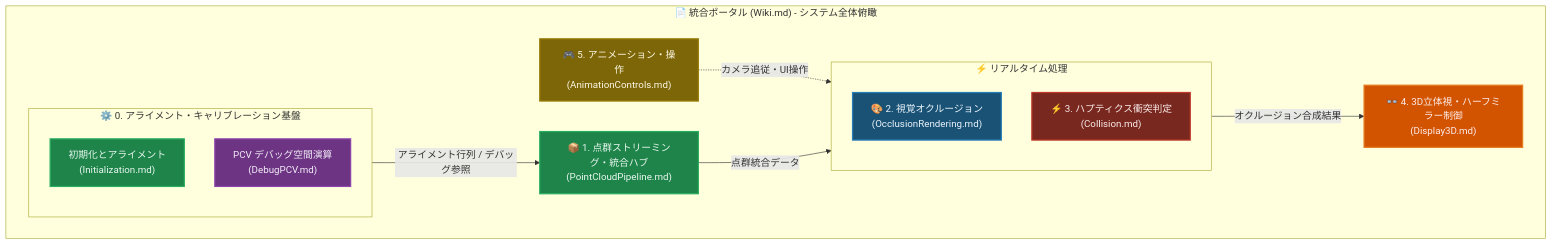
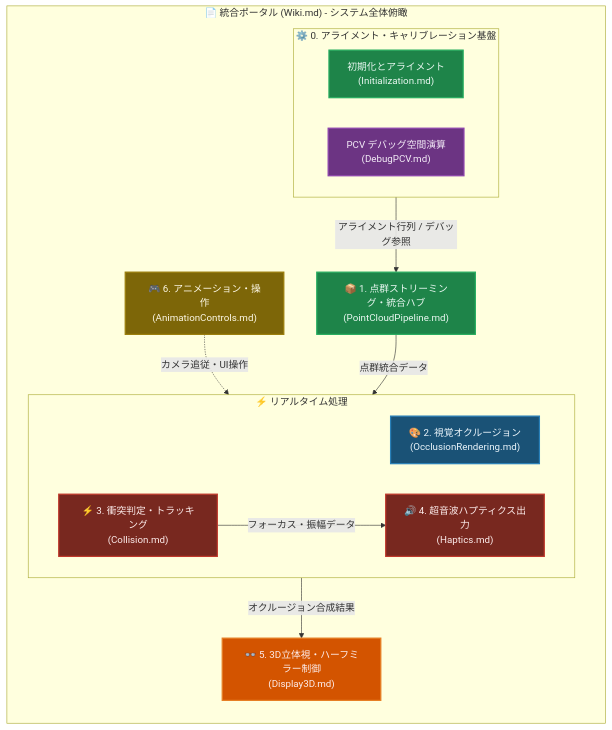
One commit to kotetsuOU/HandTrakingDemo changed the diagram in Docs/Wiki.md. Above: the diagram before and after it, drawn with Mermaid. The commit also changed other lines of this file and 3 other files, not shown here.

````diff
--- a/Docs/Wiki.md
+++ b/Docs/Wiki.md
@@ -13,39 +13,41 @@
 ```mermaid
-graph LR
+graph TD
     %% スタイル定義
     classDef render fill:#1A5276,stroke:#2980B9,stroke-width:2px,color:#EBF5FB;
     classDef haptic fill:#78281F,stroke:#C0392B,stroke-width:2px,color:#FDEDEC;
     classDef debug fill:#6C3483,stroke:#8E44AD,stroke-width:2px,color:#F5EEF8;
     classDef common fill:#1E8449,stroke:#27AE60,stroke-width:2px,color:#EAF8F2;
     classDef display fill:#D35400,stroke:#E67E22,stroke-width:2px,color:#FDEDEC;
     classDef control fill:#7D6608,stroke:#9A7D0A,stroke-width:2px,color:#FEF9E7;
 
     subgraph WIKI ["📄 統合ポータル (Wiki.md) - システム全体俯瞰"]
-        direction LR
+        direction TD
 
         subgraph Calibration ["⚙️ 0. アライメント・キャリブレーション基盤"]
-            direction TB
+            direction LR
             InitNode["初期化とアライメント<br/>(Initialization.md)"]:::common
             DebugNode["PCV デバッグ空間演算<br/>(DebugPCV.md)"]:::debug
         end
 
         PointCloudNode["📦 1. 点群ストリーミング・統合ハブ<br/>(PointCloudPipeline.md)"]:::common
         
         subgraph RealTimeProcessing ["⚡ リアルタイム処理"]
-            direction TB
+            direction LR
             RenderNode["🎨 2. 視覚オクルージョン<br/>(OcclusionRendering.md)"]:::render
-            HapticsNode["⚡ 3. ハプティクス衝突判定<br/>(Collision.md)"]:::haptic
+            HapticsNode["⚡ 3. 衝突判定・トラッキング<br/>(Collision.md)"]:::haptic
+            AutdNode["🔊 4. 超音波ハプティクス出力<br/>(Haptics.md)"]:::haptic
         end
 
-        DisplayNode["👓 4. 3D立体視・ハーフミラー制御<br/>(Display3D.md)"]:::display
-        ControlNode["🎮 5. アニメーション・操作<br/>(AnimationControls.md)"]:::control
+        DisplayNode["👓 5. 3D立体視・ハーフミラー制御<br/>(Display3D.md)"]:::display
+        ControlNode["🎮 6. アニメーション・操作<br/>(AnimationControls.md)"]:::control
 
         %% パイプラインデータフロー
         Calibration -->|"アライメント行列 / デバッグ参照"| PointCloudNode
         PointCloudNode -->|"点群統合データ"| RealTimeProcessing
+        HapticsNode -->|"フォーカス・振幅データ"| AutdNode
         RenderNode -->|"オクルージョン合成結果"| DisplayNode
         
         %% 独立した制御系
         ControlNode -.->|"カメラ追従・UI操作"| RenderNode
     end
 ```
````
